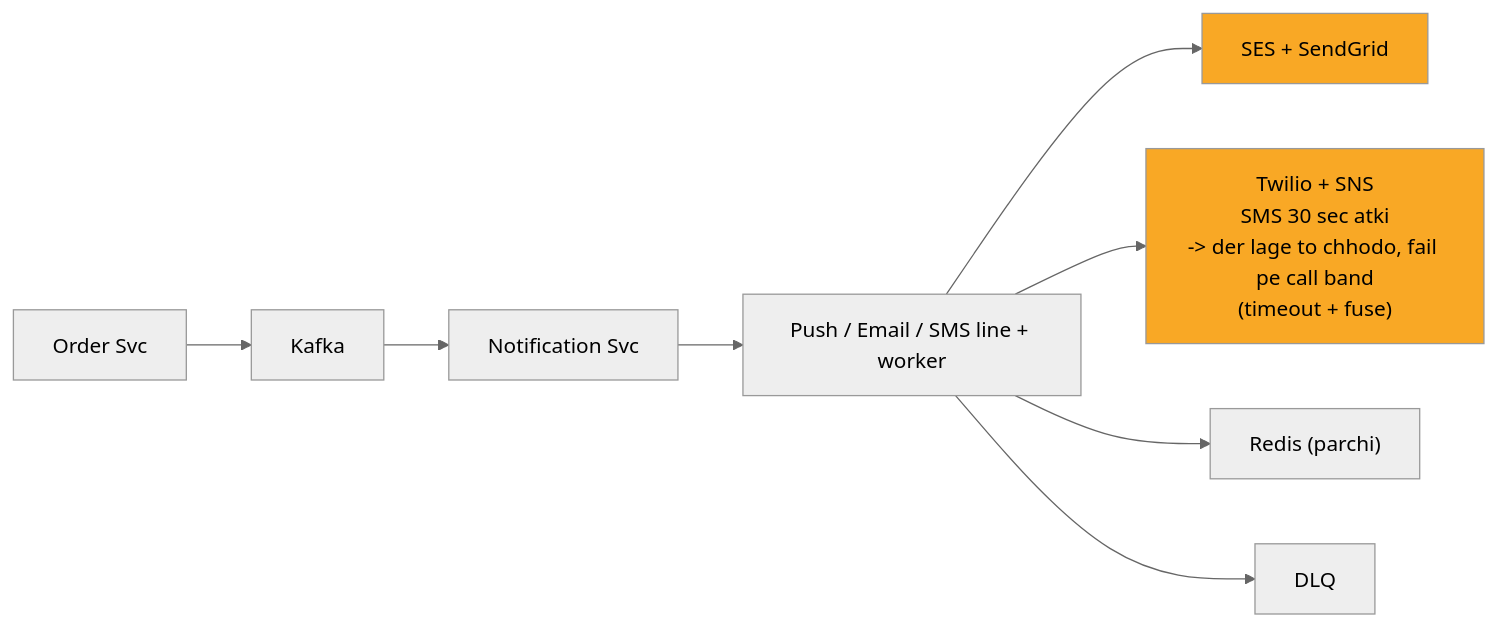
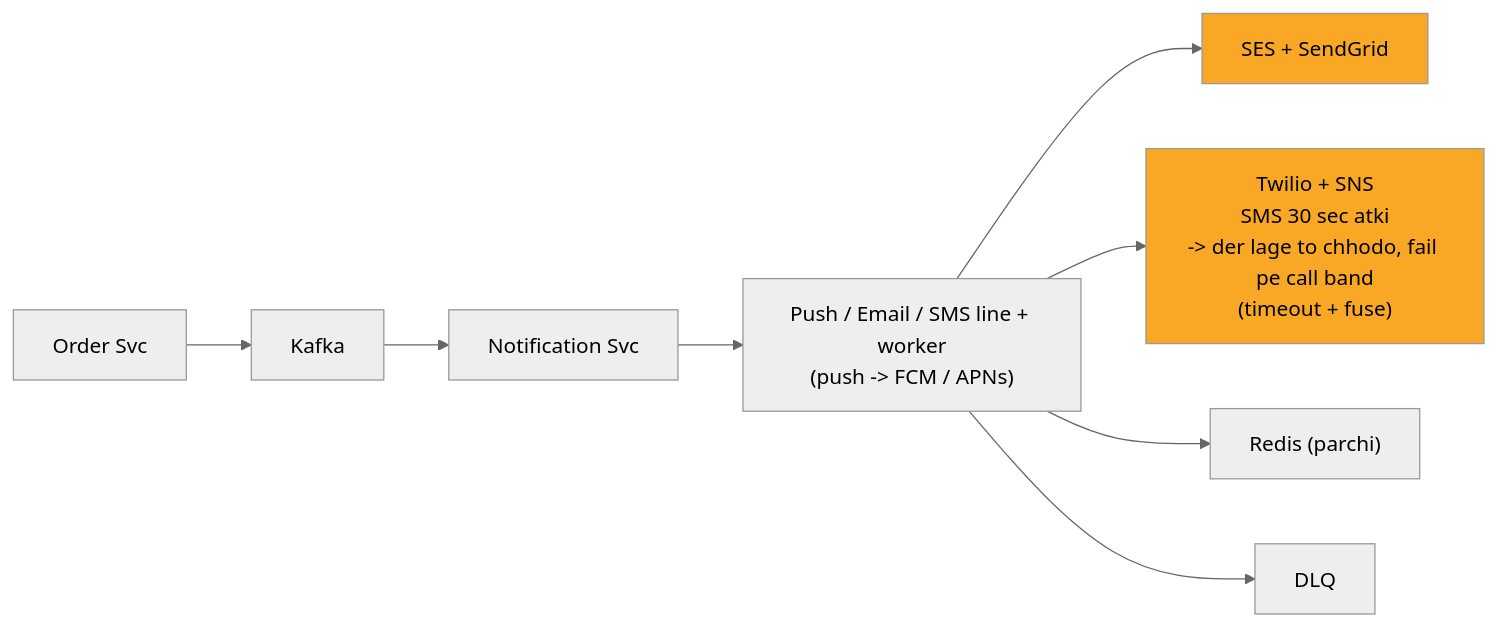
Before and after one commit to ArpanMaheshwari144/Prep: the seventh of 13 diagrams in 04_HLD/SYSTEM_DESIGNS/04_notification_system/04_notification_system.md, drawn with Mermaid (neutral theme). The commit also changed other lines of this file and 10 other files, not shown here.

````diff
--- a/04_HLD/SYSTEM_DESIGNS/04_notification_system/04_notification_system.md
+++ b/04_HLD/SYSTEM_DESIGNS/04_notification_system/04_notification_system.md
@@ -263,20 +263,20 @@
 ```mermaid
 flowchart LR
     n_Order_Svc["Order Svc"]
     n_Kafka["Kafka"]
     n_Notification_Svc["Notification Svc"]
-    n_LINES["Push / Email / SMS line + worker"]
+    n_LINES["Push / Email / SMS line + worker<br/>(push -> FCM / APNs)"]
     n_SES["SES + SendGrid"]
     n_Twilio["Twilio + SNS<br/>SMS 30 sec atki<br/>-> der lage to chhodo, fail pe call band<br/>(timeout + fuse)"]
     n_Redis["Redis (parchi)"]
     n_DLQ["DLQ"]
     n_Order_Svc --> n_Kafka
     n_Kafka --> n_Notification_Svc
     n_Notification_Svc --> n_LINES
     n_LINES --> n_SES
     n_LINES --> n_Twilio
     n_LINES --> n_Redis
     n_LINES --> n_DLQ
     style n_SES fill:#f9a825,color:#000
     style n_Twilio fill:#f9a825,color:#000
 ```
````
